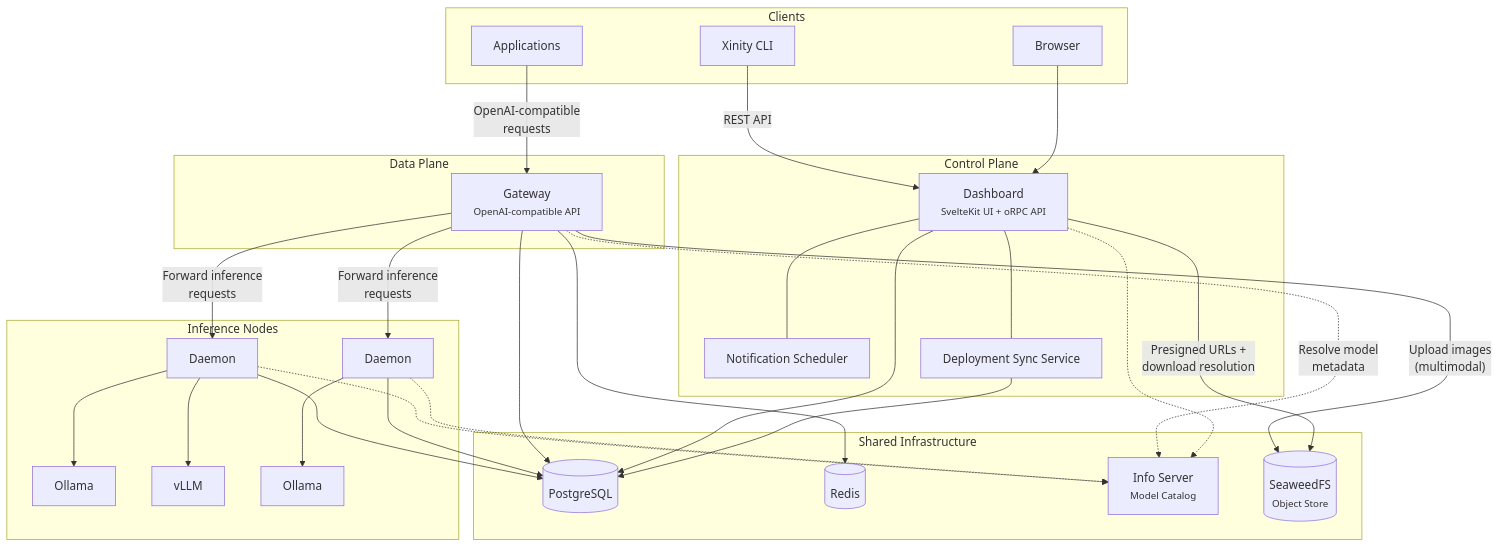
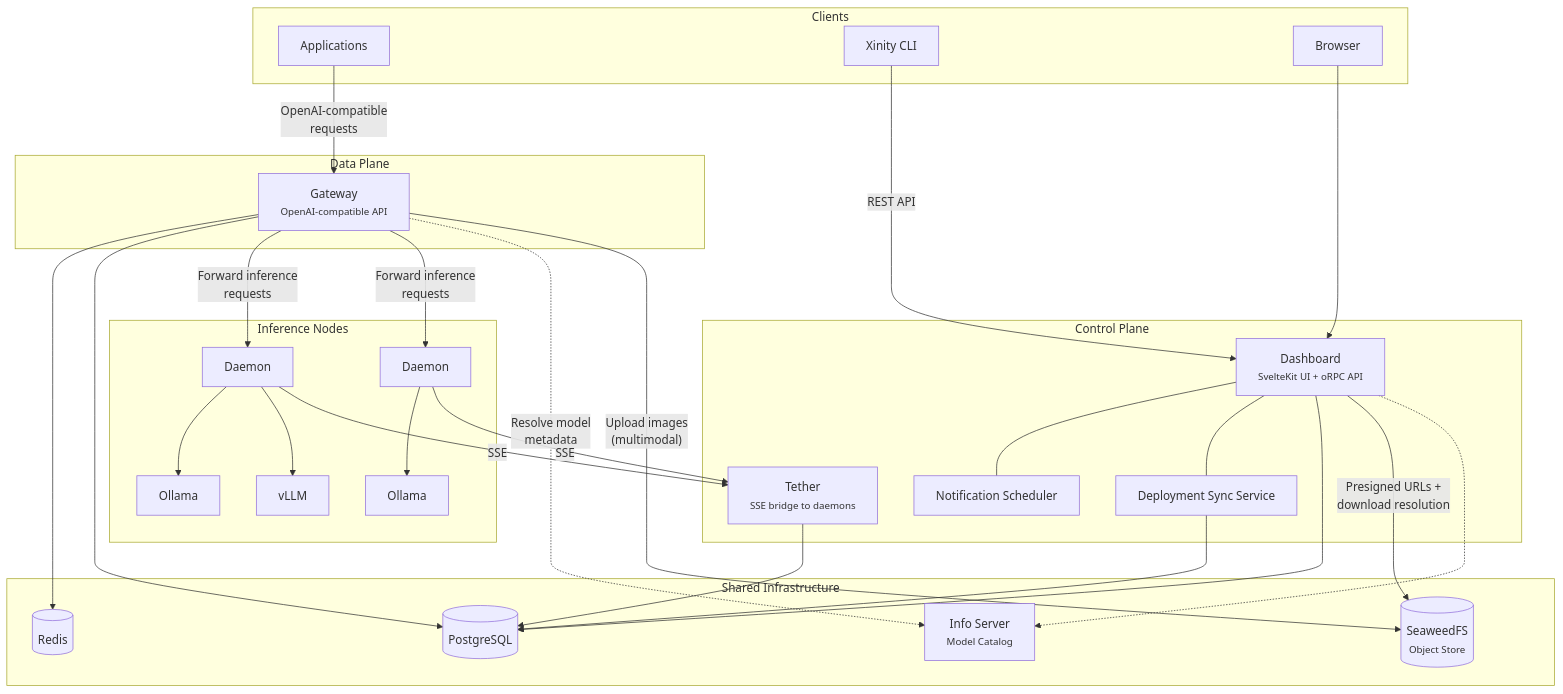
Before and after one commit to xinity-ai/xinity-ai: the first of 3 diagrams in docs/architecture.md, drawn with Mermaid. The commit also changed other lines of this file and 11 other files, not shown here.

````diff
--- a/docs/architecture.md
+++ b/docs/architecture.md
@@ -11,60 +11,60 @@
 ```mermaid
 graph TB
     subgraph Clients
         App["Applications"]
         CLI["Xinity CLI"]
         Browser["Browser"]
     end
 
     subgraph "Control Plane"
         Dashboard["Dashboard<br/><small>SvelteKit UI + oRPC API</small>"]
         NotifSched["Notification Scheduler"]
         DeploySync["Deployment Sync Service"]
         Dashboard --- NotifSched
         Dashboard --- DeploySync
+        Tether["Tether<br/><small>SSE bridge to daemons</small>"]
     end
 
     subgraph "Data Plane"
         Gateway["Gateway<br/><small>OpenAI-compatible API</small>"]
     end
 
     subgraph "Inference Nodes"
         Daemon1["Daemon"]
         Ollama1["Ollama"]
         VLLM1["vLLM"]
         Daemon1 --> Ollama1
         Daemon1 --> VLLM1
 
         Daemon2["Daemon"]
         Ollama2["Ollama"]
         Daemon2 --> Ollama2
     end
 
     subgraph "Shared Infrastructure"
         DB[("PostgreSQL")]
         Redis[("Redis")]
         Infoserver["Info Server<br/><small>Model Catalog</small>"]
         SeaweedFS[("SeaweedFS<br/><small>Object Store</small>")]
     end
 
     App -->|"OpenAI-compatible<br/>requests"| Gateway
     CLI -->|"REST API"| Dashboard
     Browser --> Dashboard
 
     Gateway --> Redis
     Gateway --> DB
     Gateway -->|"Forward inference<br/>requests"| Daemon1
     Gateway -->|"Forward inference<br/>requests"| Daemon2
     Gateway -.->|"Resolve model<br/>metadata"| Infoserver
     Gateway -->|"Upload images<br/>(multimodal)"| SeaweedFS
 
     Dashboard --> DB
     Dashboard -->|"Presigned URLs +<br/>download resolution"| SeaweedFS
     DeploySync --> DB
 
-    Daemon1 --> DB
-    Daemon2 --> DB
-    Daemon1 -.-> Infoserver
-    Daemon2 -.-> Infoserver
+    Tether --> DB
+    Daemon1 -->|"SSE"| Tether
+    Daemon2 -->|"SSE"| Tether
     Dashboard -.-> Infoserver
 ```
````
